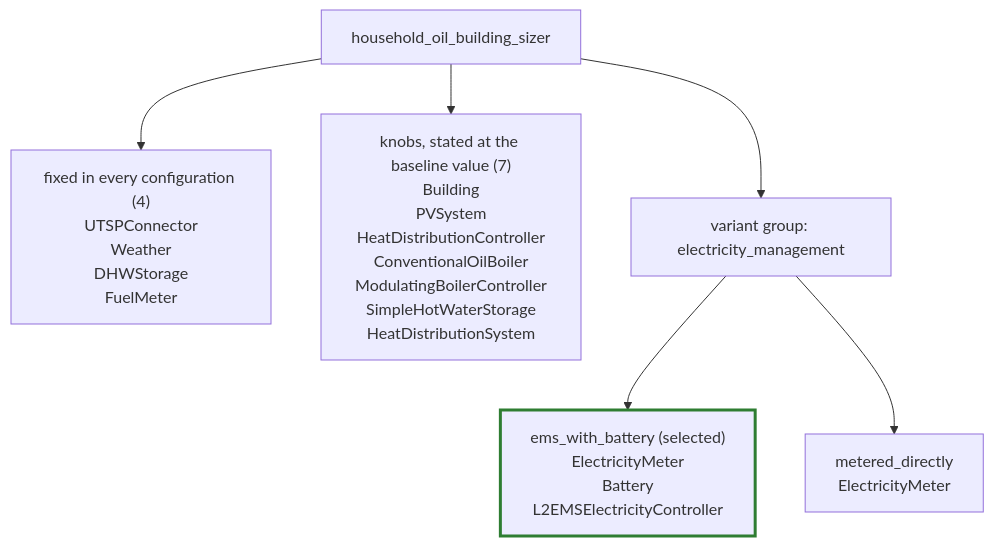
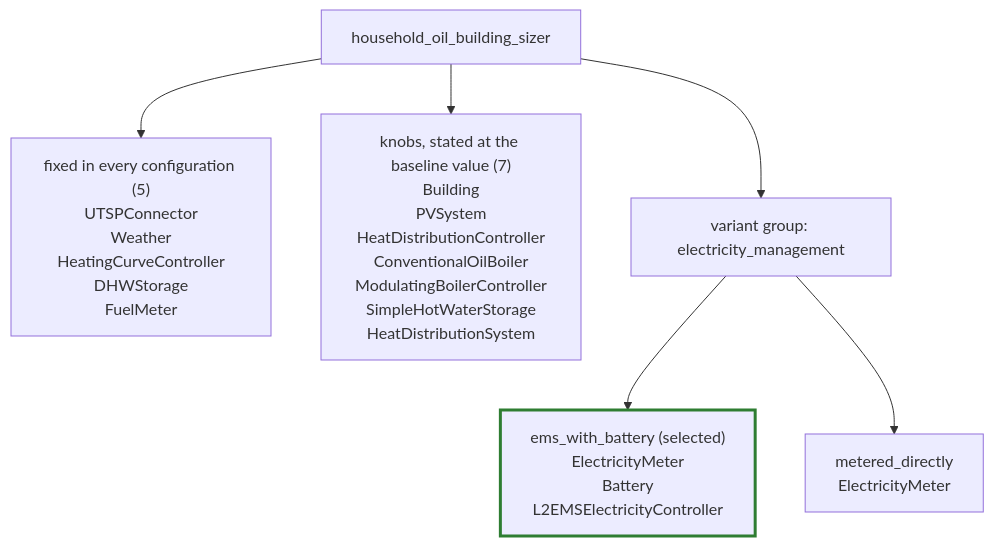
Before and after one commit to FZJ-IEK3-VSA/HiSim: the tenth of 22 diagrams in roadmap/declarative_energy_systems/grouping_overview.md, drawn with Mermaid. The commit also changed other lines of this file and 114 other files, not shown here.

````diff
--- a/roadmap/declarative_energy_systems/grouping_overview.md
+++ b/roadmap/declarative_energy_systems/grouping_overview.md
@@ -528,18 +528,18 @@
 ```mermaid
 flowchart TD
     setup["household_oil_building_sizer"]
-    fixed["fixed in every configuration (4)<br/>UTSPConnector<br/>Weather<br/>DHWStorage<br/>FuelMeter"]
+    fixed["fixed in every configuration (5)<br/>UTSPConnector<br/>Weather<br/>HeatingCurveController<br/>DHWStorage<br/>FuelMeter"]
     knobs["knobs, stated at the baseline value (7)<br/>Building<br/>PVSystem<br/>HeatDistributionController<br/>ConventionalOilBoiler<br/>ModulatingBoilerController<br/>SimpleHotWaterStorage<br/>HeatDistributionSystem"]
     group1["variant group: electricity_management"]
     optA["ems_with_battery (selected)<br/>ElectricityMeter<br/>Battery<br/>L2EMSElectricityController"]
     optB["metered_directly<br/>ElectricityMeter"]
 
     setup --> fixed
     setup --> knobs
     setup --> group1
     group1 --> optA
     group1 --> optB
 
     classDef selected stroke:#2e7d32,stroke-width:3px;
     class optA selected;
 ```
````
